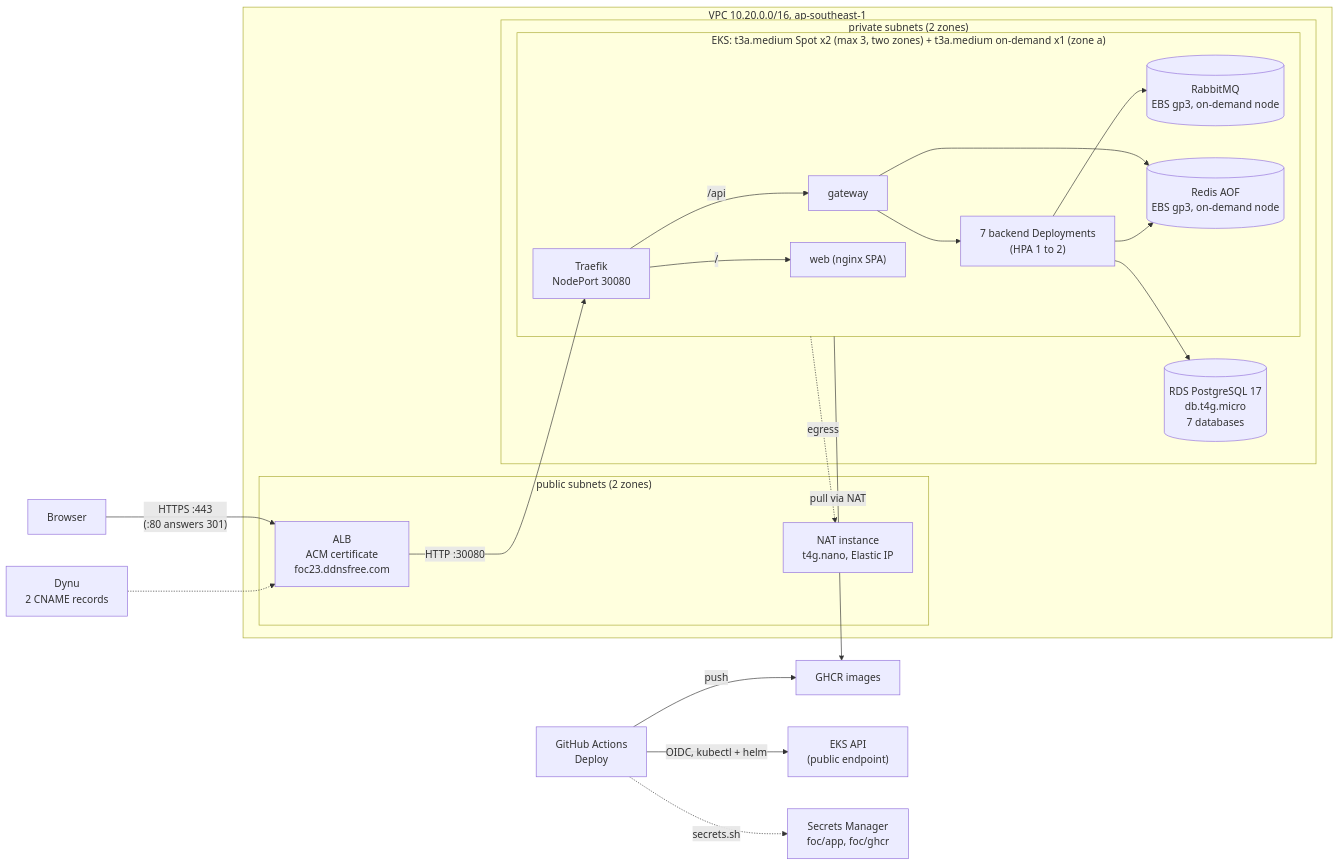
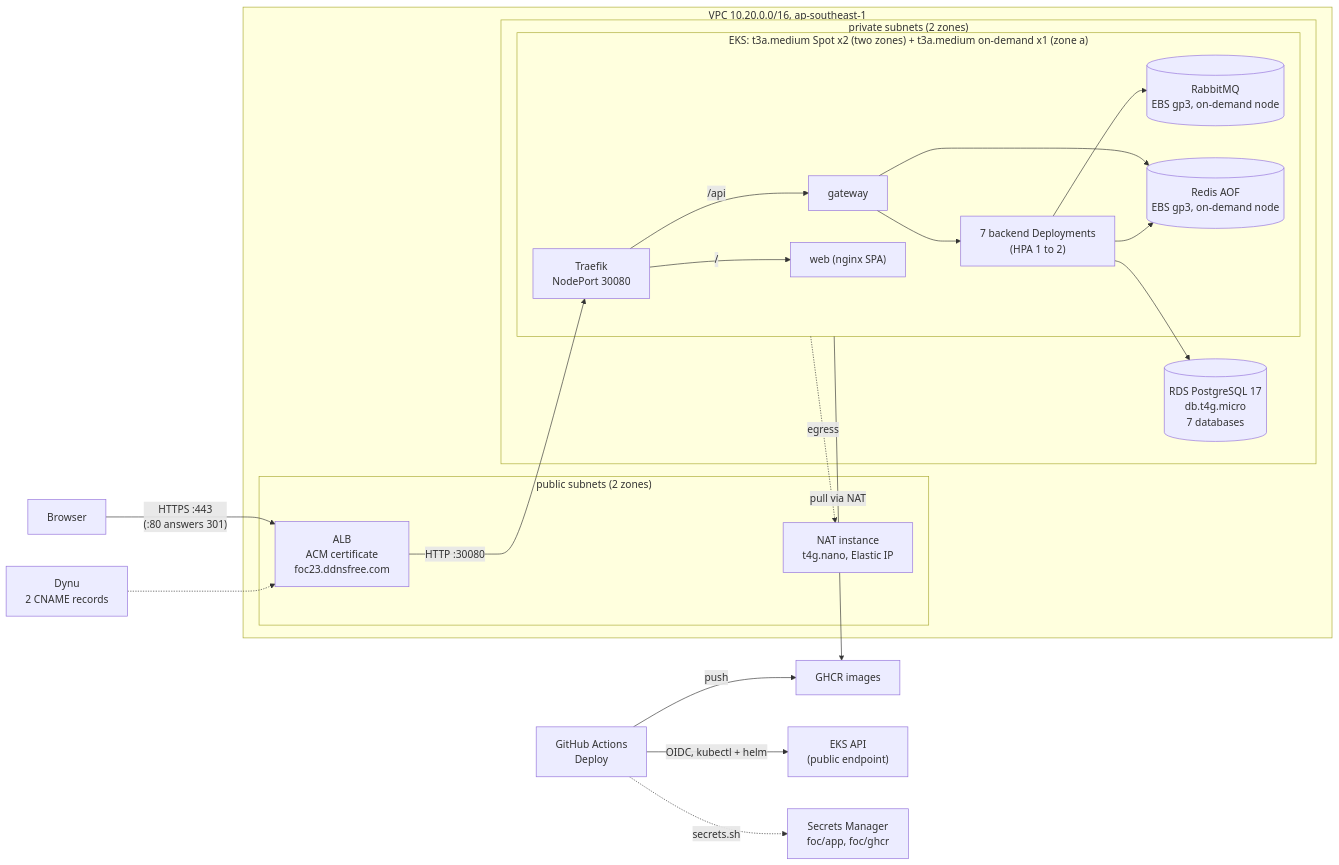
One commit to AY2627S1-CS3219-P23/foc changed the diagram in docs/deployment.md. Above: the diagram before and after it, drawn with Mermaid. The commit also changed other lines of this file and 5 other files, not shown here.

````diff
--- a/docs/deployment.md
+++ b/docs/deployment.md
@@ -50,28 +51,28 @@
 ```mermaid
 flowchart LR
   browser["Browser"] -->|"HTTPS :443<br/>(:80 answers 301)"| alb["ALB<br/>ACM certificate<br/>foc23.ddnsfree.com"]
   dns["Dynu<br/>2 CNAME records"] -.-> alb
   subgraph vpc["VPC 10.20.0.0/16, ap-southeast-1"]
     subgraph pub["public subnets (2 zones)"]
       alb
       nat["NAT instance<br/>t4g.nano, Elastic IP"]
     end
     subgraph priv["private subnets (2 zones)"]
-      subgraph eks["EKS: t3a.medium Spot x2 (max 3, two zones) + t3a.medium on-demand x1 (zone a)"]
+      subgraph eks["EKS: t3a.medium Spot x2 (two zones) + t3a.medium on-demand x1 (zone a)"]
         traefik["Traefik<br/>NodePort 30080"] -->|"/api"| gateway
         traefik -->|"/"| web["web (nginx SPA)"]
         gateway --> svc["7 backend Deployments<br/>(HPA 1 to 2)"]
         svc --> mq[("RabbitMQ<br/>EBS gp3, on-demand node")]
         gateway --> redis[("Redis AOF<br/>EBS gp3, on-demand node")]
         svc --> redis
       end
       svc --> rds[("RDS PostgreSQL 17<br/>db.t4g.micro<br/>7 databases")]
     end
     alb -->|"HTTP :30080"| traefik
     eks -.->|"egress"| nat
   end
   gha["GitHub Actions<br/>Deploy"] -->|"push"| ghcr["GHCR images"]
   gha -->|"OIDC, kubectl + helm"| api["EKS API<br/>(public endpoint)"]
   gha -.->|"secrets.sh"| sm["Secrets Manager<br/>foc/app, foc/ghcr"]
   eks -->|"pull via NAT"| ghcr
 ```
````
